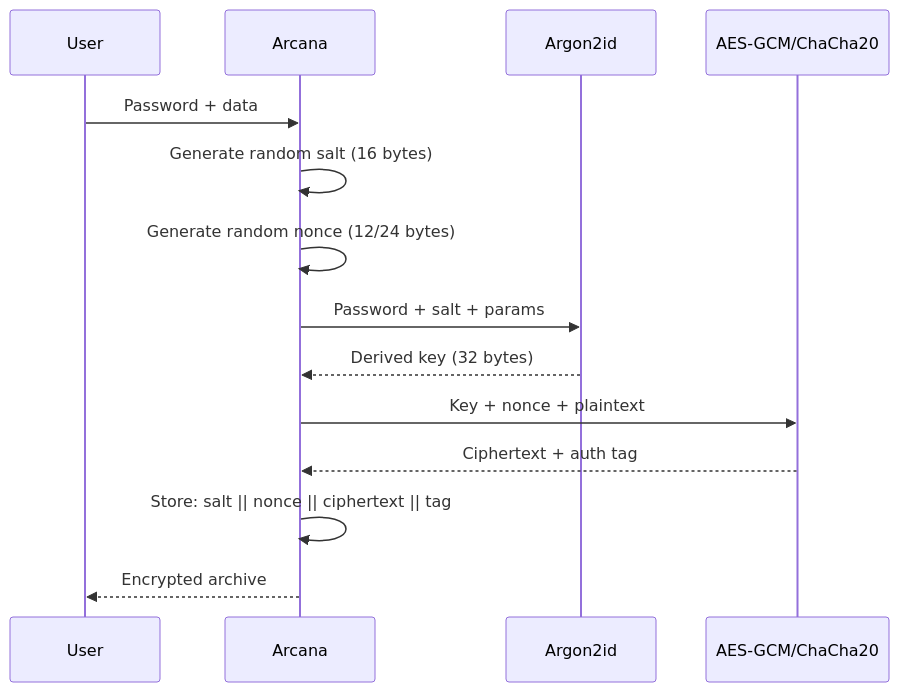
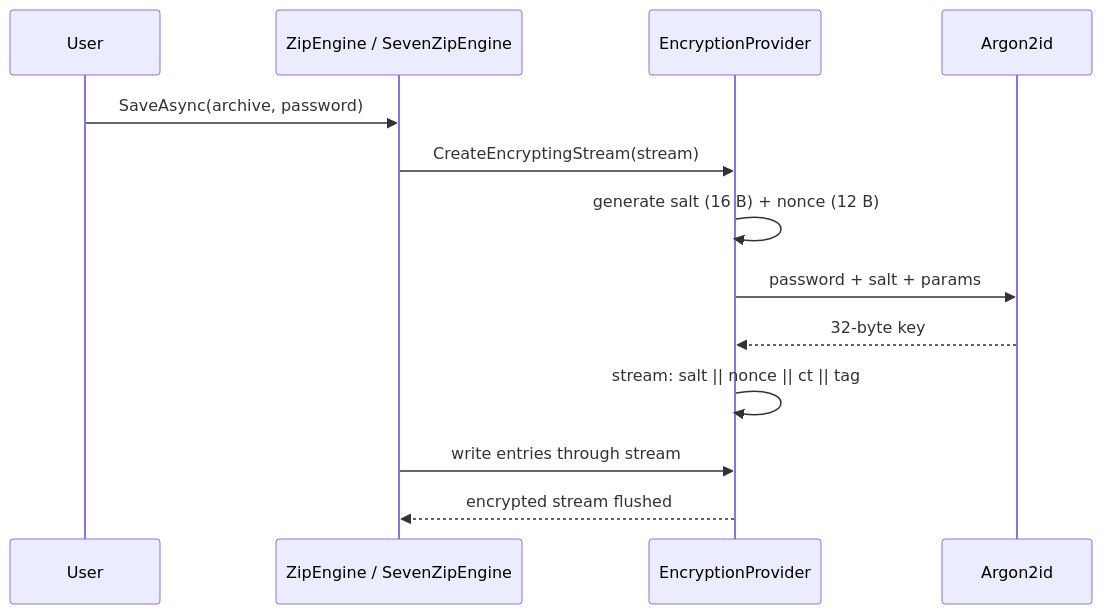
One commit to marcelofrau/arcana changed the first of 2 diagrams in docs/compression/CIPHERS.md. Above: the diagram before and after it, drawn with Mermaid. The commit also changed other lines of this file and 19 other files, not shown here.

Commit message:
docs: rewrite full documentation suite (architecture, specs, roadmap, API, security, README)

````diff
--- a/docs/compression/CIPHERS.md
+++ b/docs/compression/CIPHERS.md
@@ -85,17 +43,16 @@
 ```mermaid
 sequenceDiagram
     participant User
-    participant Arcana
+    participant Engine as ZipEngine / SevenZipEngine
+    participant Crypto as EncryptionProvider
     participant KDF as Argon2id
-    participant Cipher as AES-GCM/ChaCha20
 
-    User->>Arcana: Password + data
-    Arcana->>Arcana: Generate random salt (16 bytes)
-    Arcana->>Arcana: Generate random nonce (12/24 bytes)
-    Arcana->>KDF: Password + salt + params
-    KDF-->>Arcana: Derived key (32 bytes)
-    Arcana->>Cipher: Key + nonce + plaintext
-    Cipher-->>Arcana: Ciphertext + auth tag
-    Arcana->>Arcana: Store: salt || nonce || ciphertext || tag
-    Arcana-->>User: Encrypted archive
+    User->>Engine: SaveAsync(archive, password)
+    Engine->>Crypto: CreateEncryptingStream(stream)
+    Crypto->>Crypto: generate salt (16 B) + nonce (12 B)
+    Crypto->>KDF: password + salt + params
+    KDF-->>Crypto: 32-byte key
+    Crypto->>Crypto: stream: salt || nonce || ct || tag
+    Engine->>Crypto: write entries through stream
+    Crypto-->>Engine: encrypted stream flushed
 ```
````
